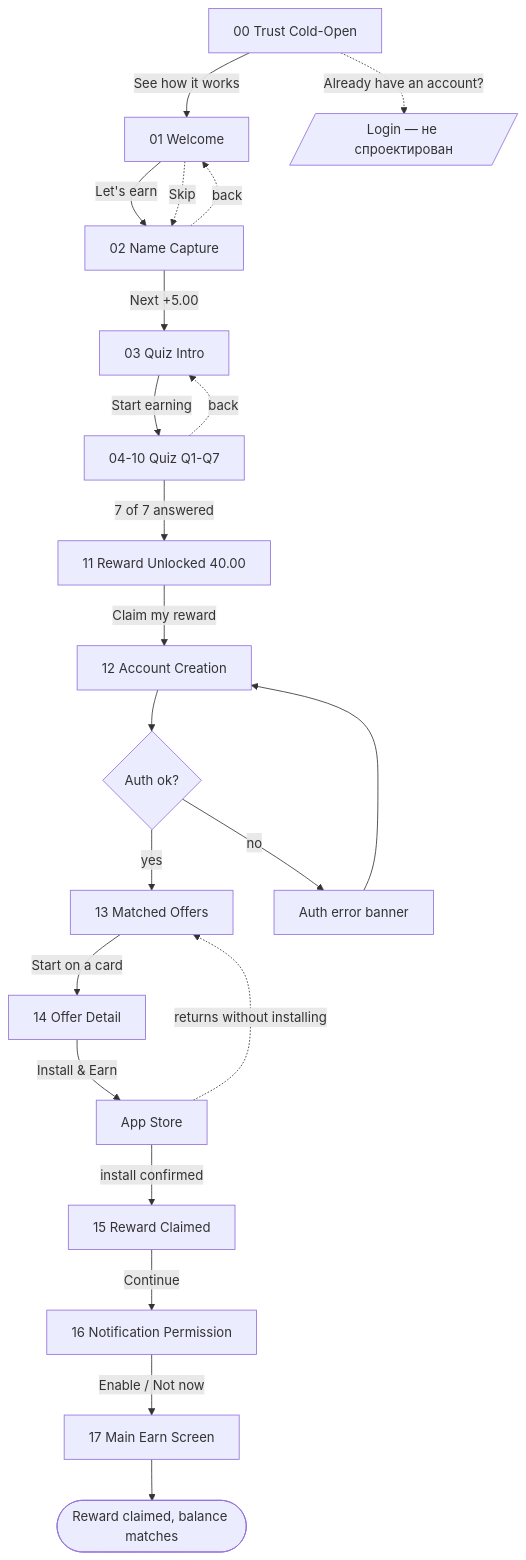
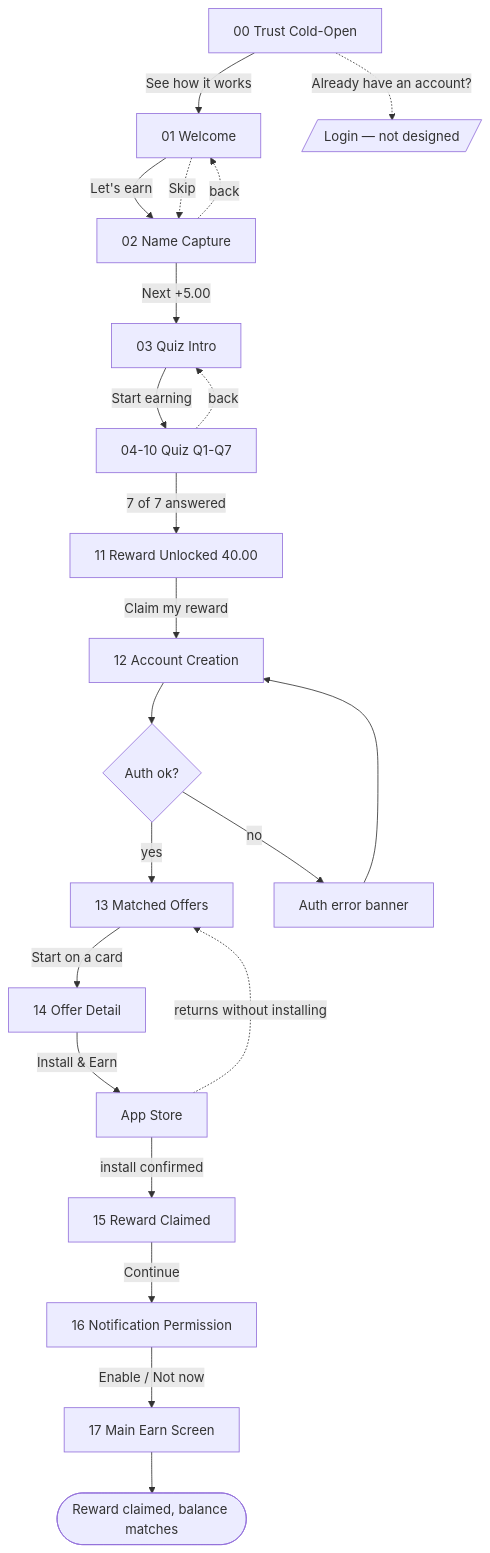
One commit to Underseamouse/Almedia changed the third of 3 diagrams in flow.md. Above: the diagram before and after it, drawn with Mermaid. The commit also changed other lines of this file and 6 other files, not shown here.

````diff
--- a/flow.md
+++ b/flow.md
@@ -333,24 +358,24 @@
 ```mermaid
 flowchart TD
     S0[00 Trust Cold-Open] -->|See how it works| S1[01 Welcome]
-    S0 -.->|Already have an account?| LOGIN[/Login — не спроектирован/]
+    S0 -.->|Already have an account?| LOGIN[/Login — not designed/]
     S1 -->|Let's earn| S2[02 Name Capture]
     S1 -.->|Skip| S2
     S2 -->|Next +5.00| S3[03 Quiz Intro]
     S3 -->|Start earning| S4[04-10 Quiz Q1-Q7]
     S4 -->|7 of 7 answered| S11[11 Reward Unlocked 40.00]
     S11 -->|Claim my reward| S12[12 Account Creation]
     S12 --> D1{Auth ok?}
     D1 -->|yes| S13[13 Matched Offers]
     D1 -->|no| E1[Auth error banner]
     E1 --> S12
     S13 -->|Start on a card| S14[14 Offer Detail]
     S14 -->|Install & Earn| EXT[App Store]
     EXT -->|install confirmed| S15[15 Reward Claimed]
     EXT -.->|returns without installing| S13
     S15 -->|Continue| S16[16 Notification Permission]
     S16 -->|Enable / Not now| S17[17 Main Earn Screen]
     S17 --> GOAL([Reward claimed, balance matches])
     S2 -.->|back| S1
     S4 -.->|back| S3
 ```
````
